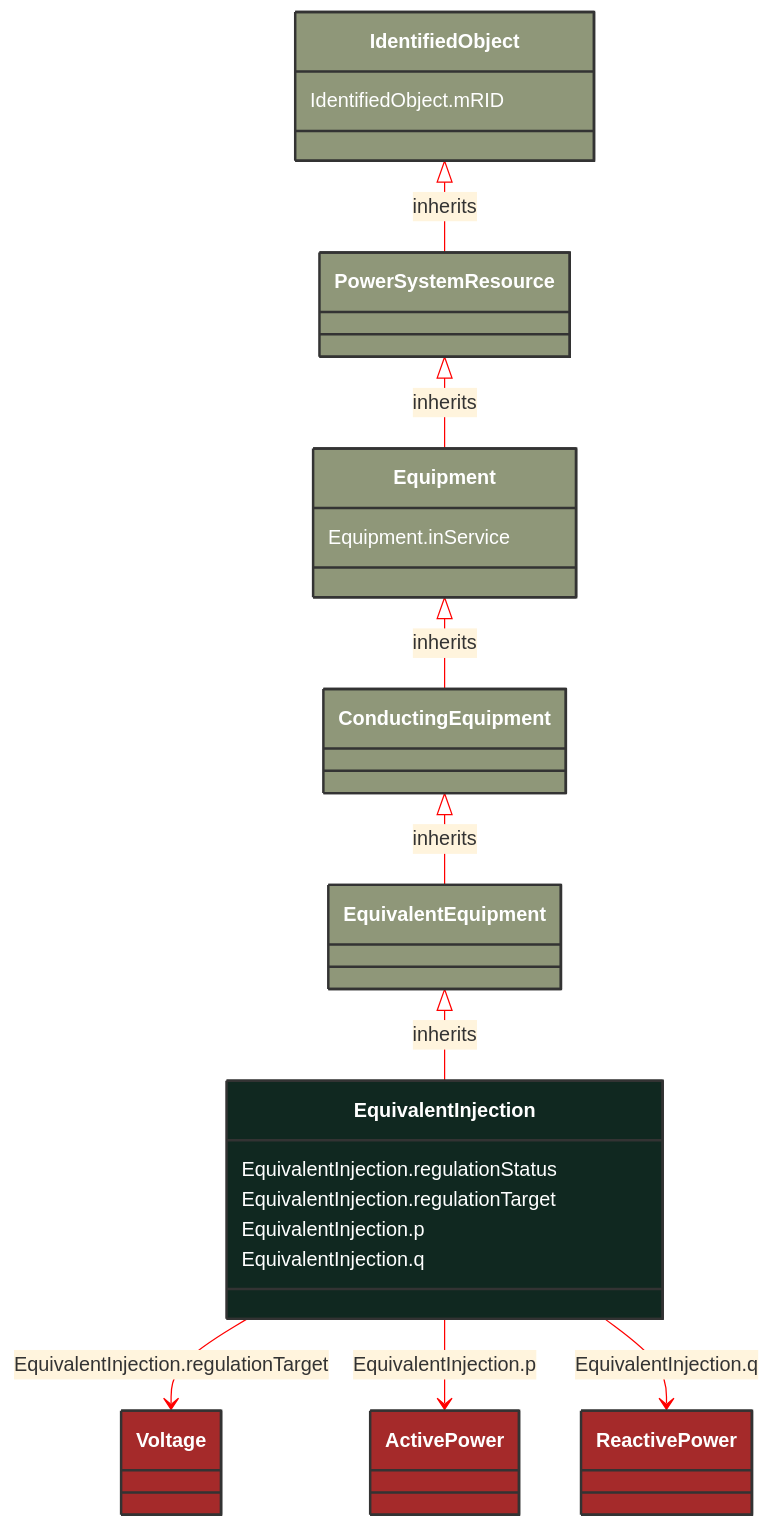
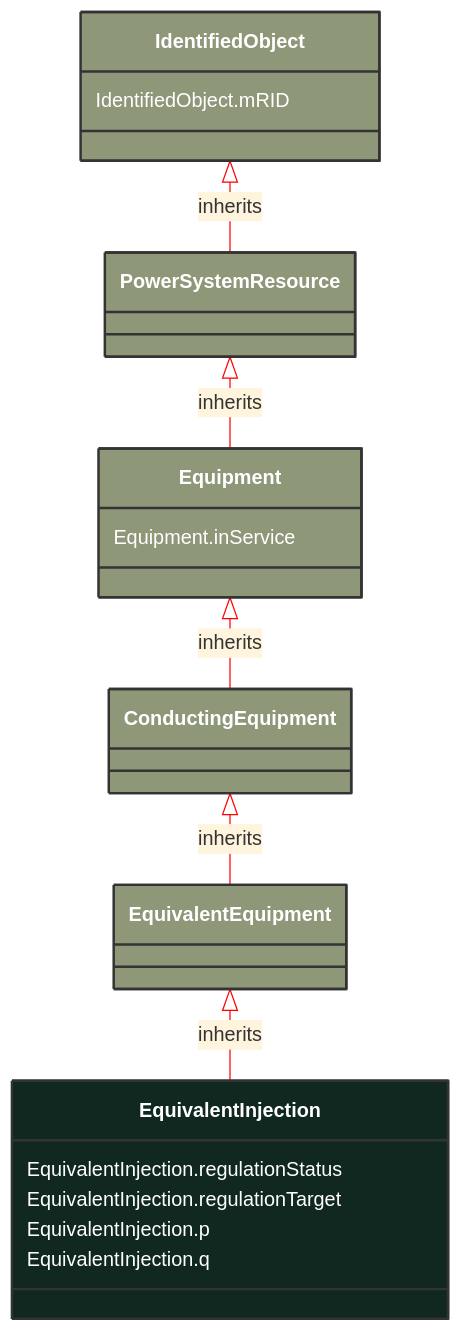
Before and after one commit to 3lbits/NoCIMExtensions: the diagram in docs/Models/Profiles/SteadyStateHypothesis/ConcreteClasses/EquivalentInjection.md, drawn with Mermaid. The commit also changed 397 other files, not shown here.

First line of the commit message:
Refactor CIM schemas to introduce abstract classes and consolidate data types

````diff
--- a/docs/Models/Profiles/SteadyStateHypothesis/ConcreteClasses/EquivalentInjection.md
+++ b/docs/Models/Profiles/SteadyStateHypothesis/ConcreteClasses/EquivalentInjection.md
@@ -8,51 +8,36 @@
 ```mermaid
 %%{init: {'theme':'base','themeVariables': {'lineColor': '#FF0000'}}}%%
 classDiagram
     class EquivalentInjection
     click EquivalentInjection href "/Models/Profiles/SteadyStateHypothesis/ConcreteClasses/EquivalentInjection/"
     style EquivalentInjection fill:#102820,stroke:#333,stroke-width:2px,rx:10,ry:10,color:white
      
         EquivalentEquipment <|-- EquivalentInjection : inherits
             click EquivalentEquipment href "/Models/Profiles/SteadyStateHypothesis/ConcreteClasses/EquivalentEquipment/"
             style EquivalentEquipment fill:#8F9779,stroke:#333,stroke-width:2px,rx:10,ry:10,color:white
      
         ConductingEquipment <|-- EquivalentEquipment : inherits
             click ConductingEquipment href "/Models/Profiles/SteadyStateHypothesis/ConcreteClasses/ConductingEquipment/"
             style ConductingEquipment fill:#8F9779,stroke:#333,stroke-width:2px,rx:10,ry:10,color:white
      
         Equipment <|-- ConductingEquipment : inherits
             click Equipment href "/Models/Profiles/SteadyStateHypothesis/ConcreteClasses/Equipment/"
             style Equipment fill:#8F9779,stroke:#333,stroke-width:2px,rx:10,ry:10,color:white
      
         PowerSystemResource <|-- Equipment : inherits
             click PowerSystemResource href "/Models/Profiles/SteadyStateHypothesis/ConcreteClasses/PowerSystemResource/"
             style PowerSystemResource fill:#8F9779,stroke:#333,stroke-width:2px,rx:10,ry:10,color:white
      
         IdentifiedObject <|-- PowerSystemResource : inherits
             click IdentifiedObject href "/Models/Profiles/SteadyStateHypothesis/ConcreteClasses/IdentifiedObject/"
             style IdentifiedObject fill:#8F9779,stroke:#333,stroke-width:2px,rx:10,ry:10,color:white
 
-        EquivalentInjection --> Voltage : EquivalentInjection.regulationTarget
-
-        Voltage
-            click Voltage href "/Models/Profiles/SteadyStateHypothesis/ConcreteClasses/Voltage/"
-            style Voltage fill:#A52A2A,stroke:#333,stroke-width:2px,rx:10,ry:10,color:white
-        EquivalentInjection --> ActivePower : EquivalentInjection.p
-
-        ActivePower
-            click ActivePower href "/Models/Profiles/SteadyStateHypothesis/ConcreteClasses/ActivePower/"
-            style ActivePower fill:#A52A2A,stroke:#333,stroke-width:2px,rx:10,ry:10,color:white
-        EquivalentInjection --> ReactivePower : EquivalentInjection.q
-
-        ReactivePower
-            click ReactivePower href "/Models/Profiles/SteadyStateHypothesis/ConcreteClasses/ReactivePower/"
-            style ReactivePower fill:#A52A2A,stroke:#333,stroke-width:2px,rx:10,ry:10,color:white
 
 
         EquivalentInjection : EquivalentInjection.regulationStatus
         EquivalentInjection : EquivalentInjection.regulationTarget
         EquivalentInjection : EquivalentInjection.p
         EquivalentInjection : EquivalentInjection.q
         Equipment : Equipment.inService
         IdentifiedObject : IdentifiedObject.mRID
 ```
````
